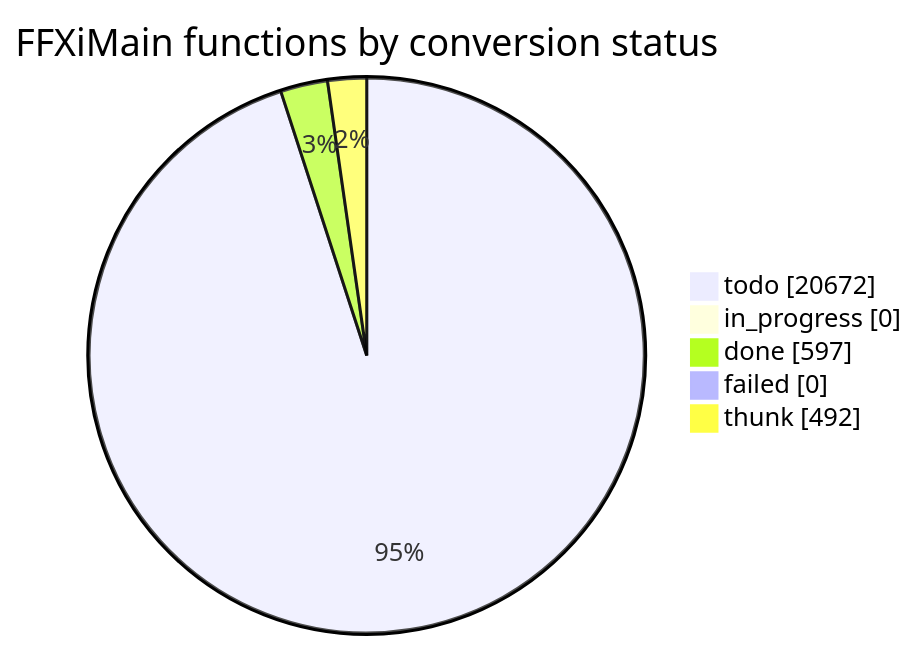
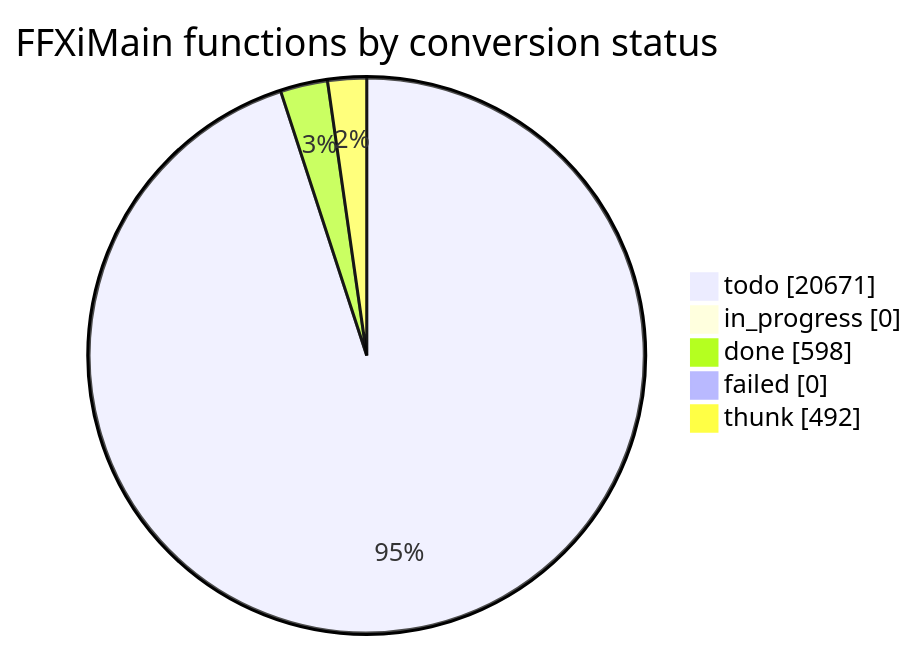
The diagram in docs/cow/STATUS.md (cowrevenge/cow_kuluu_xi_anything), drawn with Mermaid before and after one commit. The commit also changed other lines of this file and 9 other files, not shown here.

````diff
--- a/docs/cow/STATUS.md
+++ b/docs/cow/STATUS.md
@@ -18,9 +18,9 @@
 ```mermaid
 pie showData
     title FFXiMain functions by conversion status
-    "todo" : 20672
+    "todo" : 20671
     "in_progress" : 0
-    "done" : 597
+    "done" : 598
     "failed" : 0
     "thunk" : 492
 ```
````
